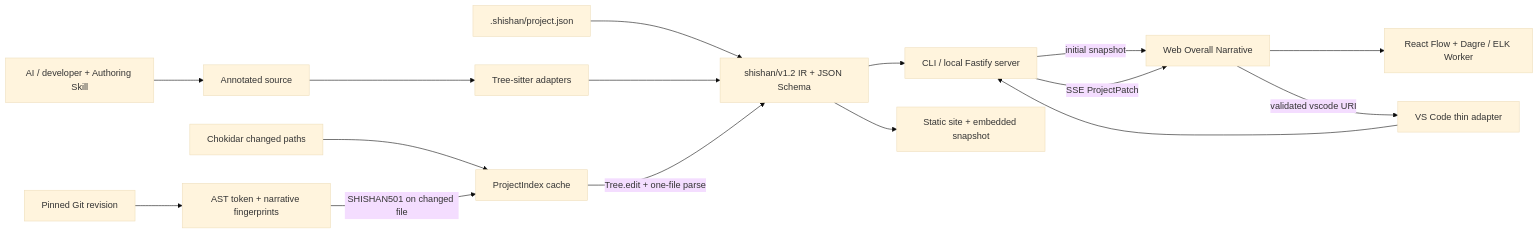
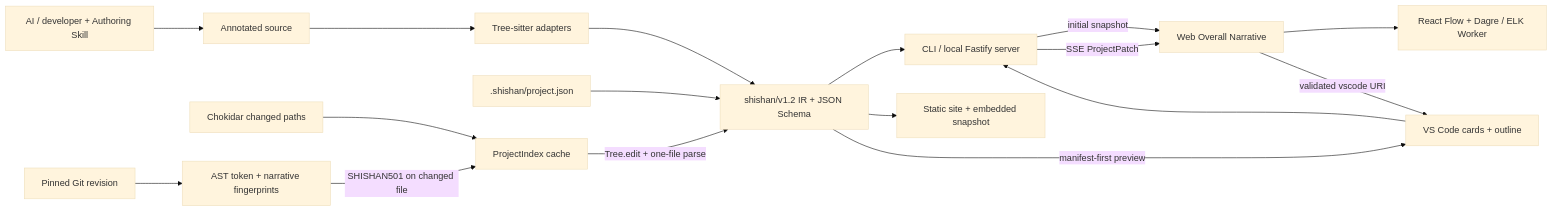
The diagram in README.md (zhyma/shishan), drawn with Mermaid (base theme) before and after one commit. The commit also changed other lines of this file and 32 other files, not shown here.

Commit message:
feat: add progressive narrative levels and VS Code preview

````diff
--- a/README.md
+++ b/README.md
@@ -141,18 +145,19 @@
 ```mermaid
 flowchart LR
   A["AI / developer + Authoring Skill"] --> B["Annotated source"]
   B --> C["Tree-sitter adapters"]
   P[".shishan/project.json"] --> D["shishan/v1.2 IR + JSON Schema"]
   C --> D
   D --> E["CLI / local Fastify server"]
   E -->|"initial snapshot"| F["Web Overall Narrative"]
   G["Chokidar changed paths"] --> H["ProjectIndex cache"]
   H -->|"Tree.edit + one-file parse"| D
   E -->|"SSE ProjectPatch"| F
   F --> I["React Flow + Dagre / ELK Worker"]
   J["Pinned Git revision"] --> K["AST token + narrative fingerprints"]
   K -->|"SHISHAN501 on changed file"| H
   D --> L["Static site + embedded snapshot"]
-  M["VS Code thin adapter"] --> E
+  M["VS Code cards + outline"] --> E
+  D -->|"manifest-first preview"| M
   F -->|"validated vscode URI"| M
 ```
````
